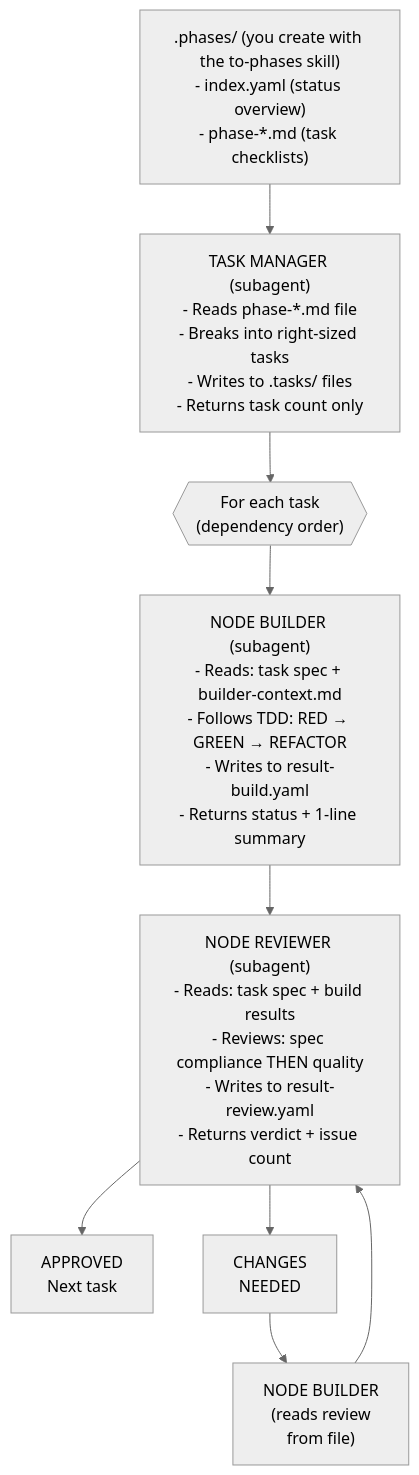
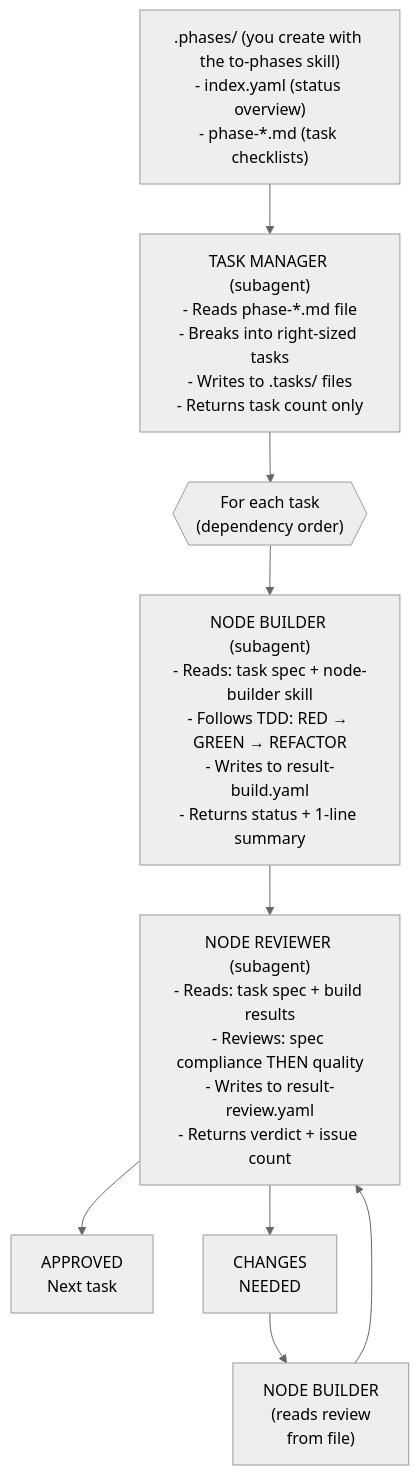
One commit to curtbushko/nixos-config changed the diagram in modules/home/llm/skills/node-team/SKILL.md. Above: the diagram before and after it, drawn with Mermaid (neutral theme). The commit also changed other lines of this file and 18 other files, not shown here.

````diff
--- a/modules/home/llm/skills/node-team/SKILL.md
+++ b/modules/home/llm/skills/node-team/SKILL.md
@@ -20,25 +20,25 @@
 ```mermaid
 flowchart TD
     PLANS[".phases/ (you create with the to-phases skill)<br/>- index.yaml (status overview)<br/>- phase-*.md (task checklists)"]
 
     TASK_MGR["TASK MANAGER (subagent)<br/>- Reads phase-*.md file<br/>- Breaks into right-sized tasks<br/>- Writes to .tasks/ files<br/>- Returns task count only"]
 
     LOOP{{"For each task<br/>(dependency order)"}}
 
-    BUILDER["NODE BUILDER (subagent)<br/>- Reads: task spec + builder-context.md<br/>- Follows TDD: RED → GREEN → REFACTOR<br/>- Writes to result-build.yaml<br/>- Returns status + 1-line summary"]
+    BUILDER["NODE BUILDER (subagent)<br/>- Reads: task spec + node-builder skill<br/>- Follows TDD: RED → GREEN → REFACTOR<br/>- Writes to result-build.yaml<br/>- Returns status + 1-line summary"]
 
     REVIEWER["NODE REVIEWER (subagent)<br/>- Reads: task spec + build results<br/>- Reviews: spec compliance THEN quality<br/>- Writes to result-review.yaml<br/>- Returns verdict + issue count"]
 
     APPROVED["APPROVED<br/>Next task"]
     CHANGES["CHANGES<br/>NEEDED"]
     FIX["NODE BUILDER<br/>(reads review<br/>from file)"]
 
     PLANS --> TASK_MGR
     TASK_MGR --> LOOP
     LOOP --> BUILDER
     BUILDER --> REVIEWER
     REVIEWER --> APPROVED
     REVIEWER --> CHANGES
     CHANGES --> FIX
     FIX --> REVIEWER
 ```
````
